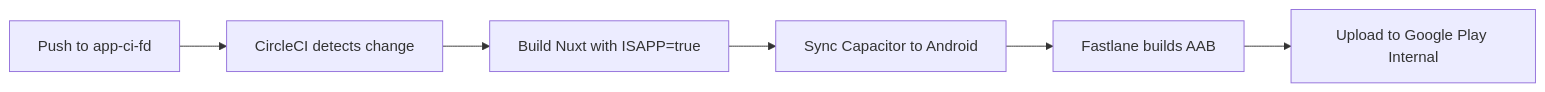
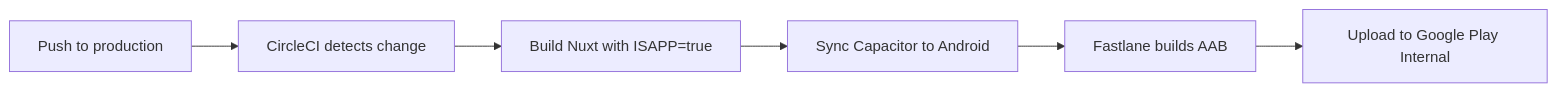
The diagram in CircleCI.md (Freegle/FreegleDocker), drawn with Mermaid before and after one commit. The commit also changed other lines of this file and 4 other files, not shown here.

````diff
--- a/CircleCI.md
+++ b/CircleCI.md
@@ -197,8 +104,8 @@
 ```mermaid
 graph LR
-    A[Push to app-ci-fd] --> B[CircleCI detects change]
+    A[Push to production] --> B[CircleCI detects change]
     B --> C[Build Nuxt with ISAPP=true]
     C --> D[Sync Capacitor to Android]
     D --> E[Fastlane builds AAB]
     E --> F[Upload to Google Play Internal]
 ```
````
